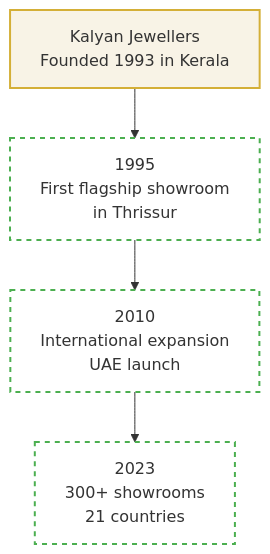
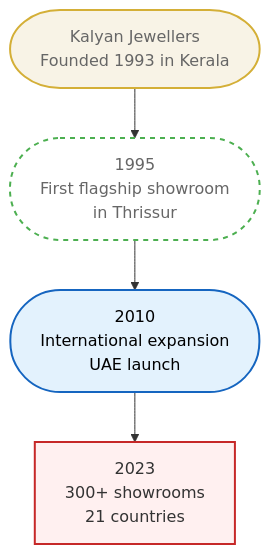
One commit to MVandana27/kalyan-jewellers changed the diagram in docs/about/heritage.md. Above: the diagram before and after it, drawn with Mermaid. The commit also changed other lines of this file and 15 other files, not shown here.

````diff
--- a/docs/about/heritage.md
+++ b/docs/about/heritage.md
@@ -40,13 +40,19 @@
 ```mermaid
-%%{init: {'flowchart': {'htmlLabels': true}}}%%
+%%{init: {'flowchart': {'htmlLabels': true, 'nodeSpacing': 30, 'rankSpacing': 50}}}%%
 flowchart TD
-  classDef gold fill:#f8f3e6,stroke:#d4af37,stroke-width:2px
-  classDef milestone fill:#fff,stroke:#4caf50,stroke-width:2px,stroke-dasharray:5
+  classDef gold fill:#f8f3e6,stroke:#d4af37,stroke-width:2px,rx:50,ry:50,color:#666
+  classDef milestone fill:#fff,stroke:#4caf50,stroke-width:2px,stroke-dasharray:5,rx:50,ry:50,color:#666
+  classDef blue-theme fill:#e3f2fd,stroke:#1565c0,stroke-width:2px,rx:50,ry:50,color:#000000
+  classDef artisan fill:#fff0f0,stroke:#c62828,stroke-width:2px 
 
   K["Kalyan Jewellers\nFounded 1993 in Kerala"]:::gold
   M1995["1995\nFirst flagship showroom\nin Thrissur"]:::milestone
-  M2010["2010\nInternational expansion\nUAE launch"]:::milestone
-  M2023["2023\n300+ showrooms\n21 countries"]:::milestone
+  M2010["2010\nInternational expansion\nUAE launch"]:::blue-theme
+  M2023["2023\n300+ showrooms\n21 countries"]:::artisan
 
   K --> M1995 --> M2010 --> M2023
+
+
+
+
 ```
````
